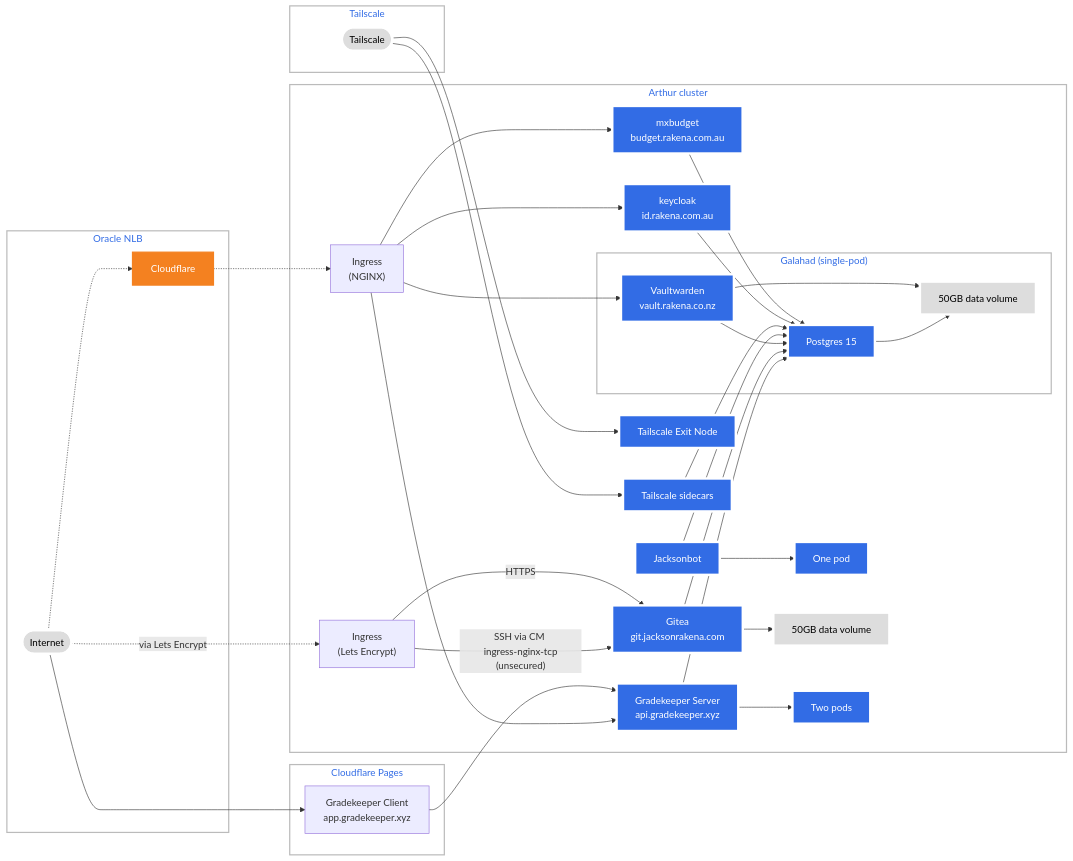
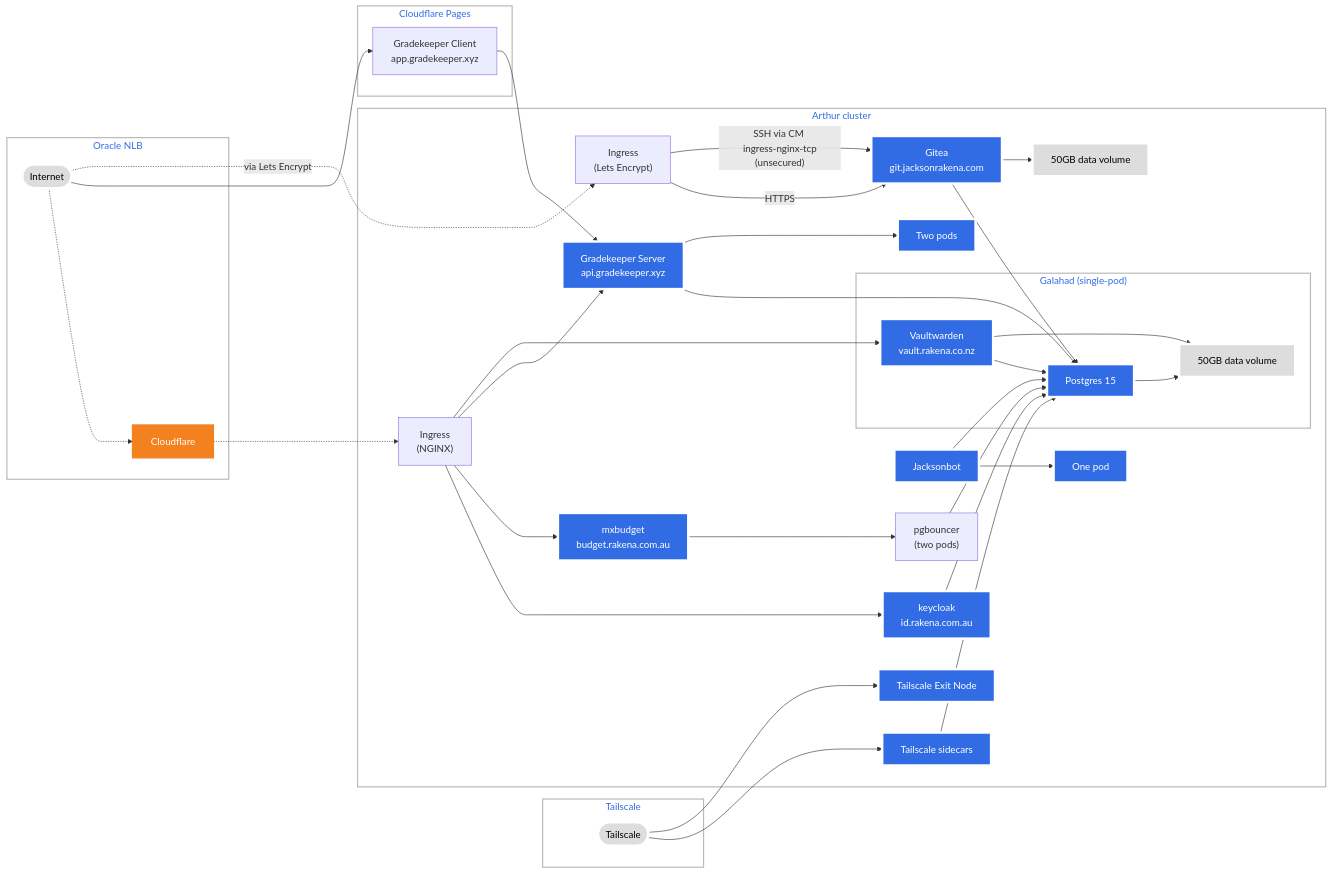
The diagram in README.md (jacksonrakena/infrastructure), drawn with Mermaid before and after one commit.

Commit message:
graph update

````diff
--- a/README.md
+++ b/README.md
@@ -2,58 +2,59 @@
 ```mermaid
 graph LR;
  client([Internet]);
  subgraph ts[Tailscale];
  ts_devices([Tailscale]);
  end;
  subgraph cf_tls[Oracle NLB];
  client-..->cf[Cloudflare];
  end;
  subgraph vercel[Cloudflare Pages];
  client-->gk_frontend[Gradekeeper Client<br/>app.gradekeeper.xyz]
  end;
  gk_frontend-->gk;
  client-.via Lets Encrypt.->ingress_http["Ingress<br/>(Lets Encrypt)"];
  cf-..->ingress["Ingress<br>(NGINX)"];
  subgraph cluster[Arthur cluster]
  ingress-->identity;
  ingress-->mxbudget;
- mxbudget["mxbudget<br/>budget.rakena.com.au"]-->pg;
+ pgbouncer["pgbouncer<br/>(two pods)"]-->pg;
+ mxbudget["mxbudget<br/>budget.rakena.com.au"]-->pgbouncer;
  identity["keycloak<br/>id.rakena.com.au"]-->pg;
  ts_devices-->tailscale_sidecar;
  ts_devices-->tailscale_exitnode;
  tailscale_exitnode[Tailscale Exit Node]
  tailscale_sidecar[Tailscale sidecars];
  tailscale_sidecar-->pg;
  ingress_http;
  ingress;
  ingress-->gk["Gradekeeper Server<br/>api.gradekeeper.xyz"];
  ingress-->vw["Vaultwarden<br/>vault.rakena.co.nz"];
  ingress_http-->|HTTPS|gitea["Gitea<br/>git.jacksonrakena.com"];
  ingress_http-->|"SSH via CM <br/> ingress-nginx-tcp (unsecured)"|gitea;
  jb["Jacksonbot"];
  jb-->jb_onepod[One pod];
  jb-->pg;
  subgraph galahad["Galahad (single-pod)"]
  vw;
  pg[Postgres 15];
  vw-->pg;
  agd[50GB data volume];
  vw-->agd;
  pg-->agd;
  end
  gitea;
  gitea-->gdv[50GB data volume];
  gitea-->pg;
  gk-->pg;
  gk-->gk_twopods[Two pods];
  end
  classDef plain fill:#ddd,stroke:#fff,stroke-width:4px,color:#000;
  classDef k8s fill:#326ce5,stroke:#fff,stroke-width:4px,color:#fff;
  classDef cluster fill:#fff,stroke:#bbb,stroke-width:2px,color:#326ce5;
  classDef cloudflare fill:#F48120,stroke:#F48120,stroke-width:2px,color:white;
  class jb,identity,mxbudget,tailscale_sidecar,tailscale_exitnode,mc,gitea,jb_onepod,service,pod1,pod2,gk,sa,vw,pg,gk_twopods,sa_twopods k8s;
  class client,ts_devices plain;
  class agd,gdv plain;
  class cf cloudflare;
  class cluster cluster;
 ```
````
